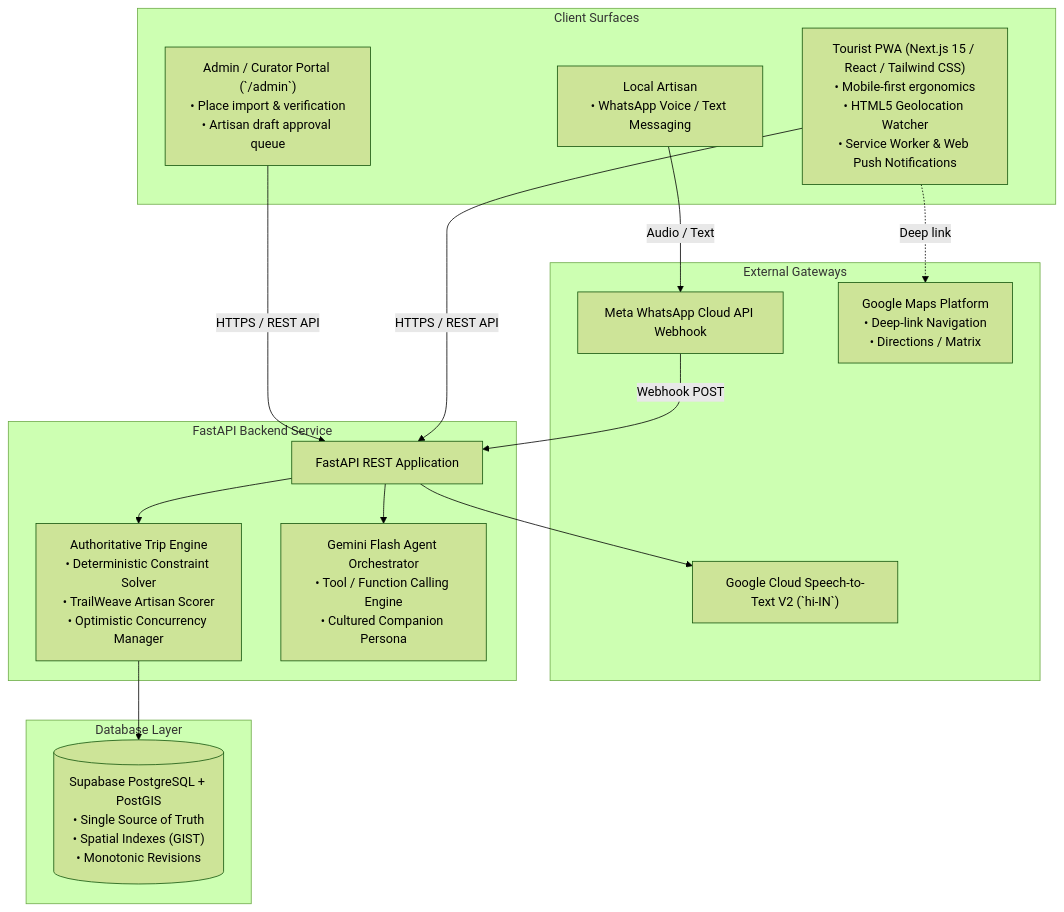
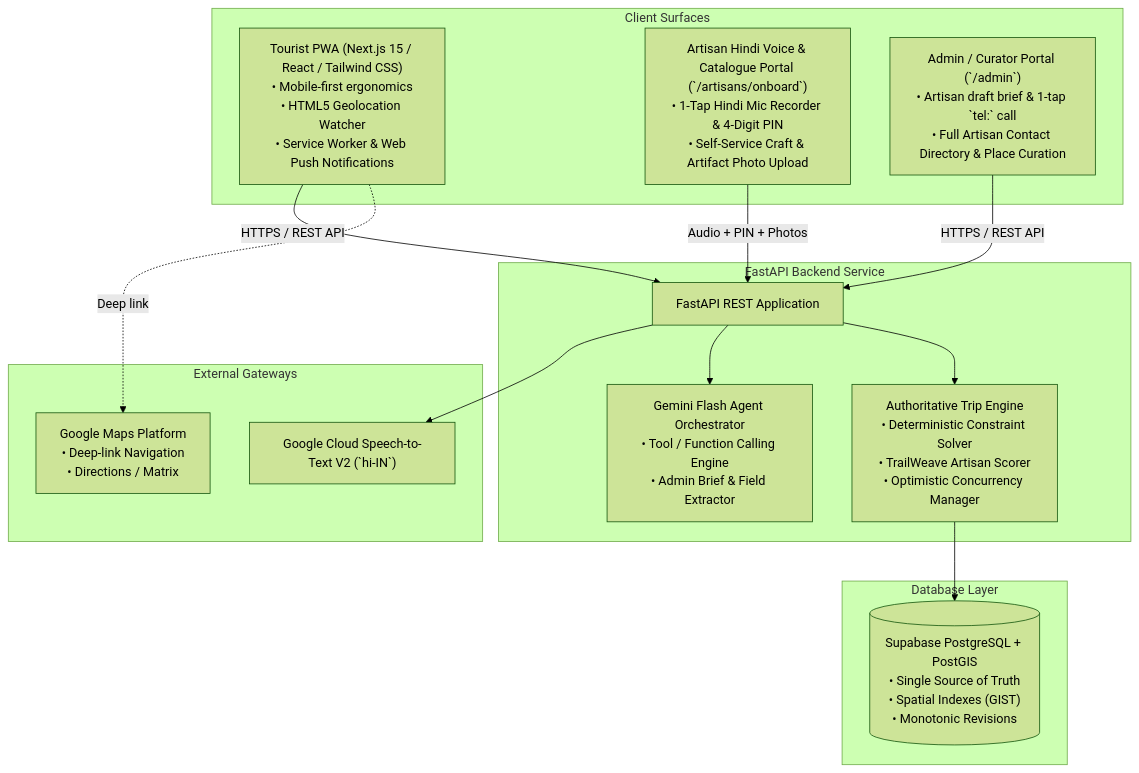
One commit to Raghavv-Saini/Trailweave changed the first of 4 diagrams in docs/ARCHITECTURE.md. Above: the diagram before and after it, drawn with Mermaid (forest theme). The commit also changed other lines of this file and 24 other files, not shown here.

Commit message:
docs(track-4): pivot artisan onboarding from WhatsApp to Hindi Web Voice & Catalogue Portal (ADR 0010)

````diff
--- a/docs/ARCHITECTURE.md
+++ b/docs/ARCHITECTURE.md
@@ -14,34 +14,32 @@
 ```mermaid
 graph TD
     subgraph ClientLayers [Client Surfaces]
         TouristPWA["Tourist PWA (Next.js 15 / React / Tailwind CSS)<br/>• Mobile-first ergonomics<br/>• HTML5 Geolocation Watcher<br/>• Service Worker & Web Push Notifications"]
-        AdminPortal["Admin / Curator Portal (`/admin`)<br/>• Place import & verification<br/>• Artisan draft approval queue"]
-        WhatsAppUser["Local Artisan<br/>• WhatsApp Voice / Text Messaging"]
+        ArtisanPortal["Artisan Hindi Voice & Catalogue Portal (`/artisans/onboard`)<br/>• 1-Tap Hindi Mic Recorder & 4-Digit PIN<br/>• Self-Service Craft & Artifact Photo Upload"]
+        AdminPortal["Admin / Curator Portal (`/admin`)<br/>• Artisan draft brief & 1-tap `tel:` call<br/>• Full Artisan Contact Directory & Place Curation"]
     end
 
     subgraph ExternalGateways [External Gateways]
-        MetaAPI["Meta WhatsApp Cloud API Webhook"]
         GoogleMaps["Google Maps Platform<br/>• Deep-link Navigation<br/>• Directions / Matrix"]
         GoogleSTT["Google Cloud Speech-to-Text V2 (`hi-IN`)"]
     end
 
     subgraph BackendAPI [FastAPI Backend Service]
         FastAPIRouter["FastAPI REST Application"]
         TripEngine["Authoritative Trip Engine<br/>• Deterministic Constraint Solver<br/>• TrailWeave Artisan Scorer<br/>• Optimistic Concurrency Manager"]
-        GeminiOrchestrator["Gemini Flash Agent Orchestrator<br/>• Tool / Function Calling Engine<br/>• Cultured Companion Persona"]
+        GeminiOrchestrator["Gemini Flash Agent Orchestrator<br/>• Tool / Function Calling Engine<br/>• Admin Brief & Field Extractor"]
     end
 
     subgraph DataStorage [Database Layer]
         PostgreSQL[("Supabase PostgreSQL + PostGIS<br/>• Single Source of Truth<br/>• Spatial Indexes (GIST)<br/>• Monotonic Revisions")]
     end
 
     TouristPWA -->|HTTPS / REST API| FastAPIRouter
+    ArtisanPortal -->|Audio + PIN + Photos| FastAPIRouter
     AdminPortal -->|HTTPS / REST API| FastAPIRouter
-    WhatsAppUser -->|Audio / Text| MetaAPI
-    MetaAPI -->|Webhook POST| FastAPIRouter
     FastAPIRouter --> GoogleSTT
     FastAPIRouter --> GeminiOrchestrator
     FastAPIRouter --> TripEngine
     TripEngine --> PostgreSQL
     TouristPWA -.->|Deep link| GoogleMaps
 ```
````
